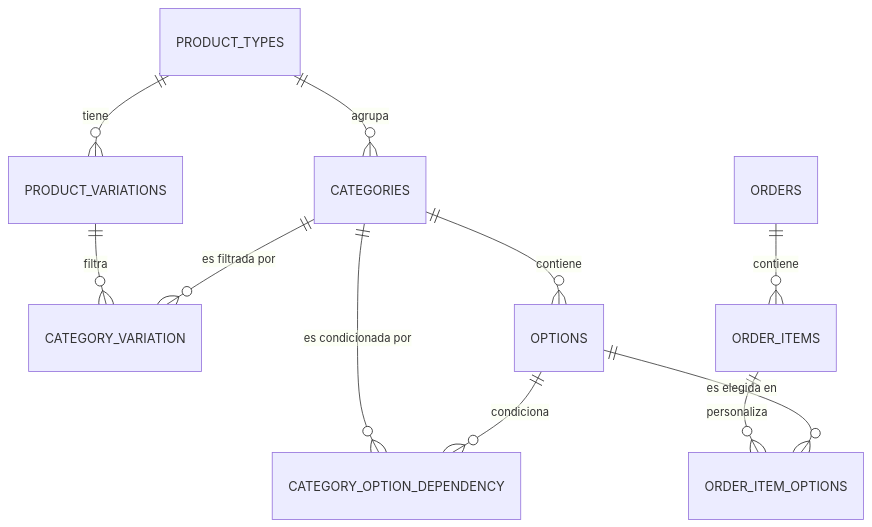
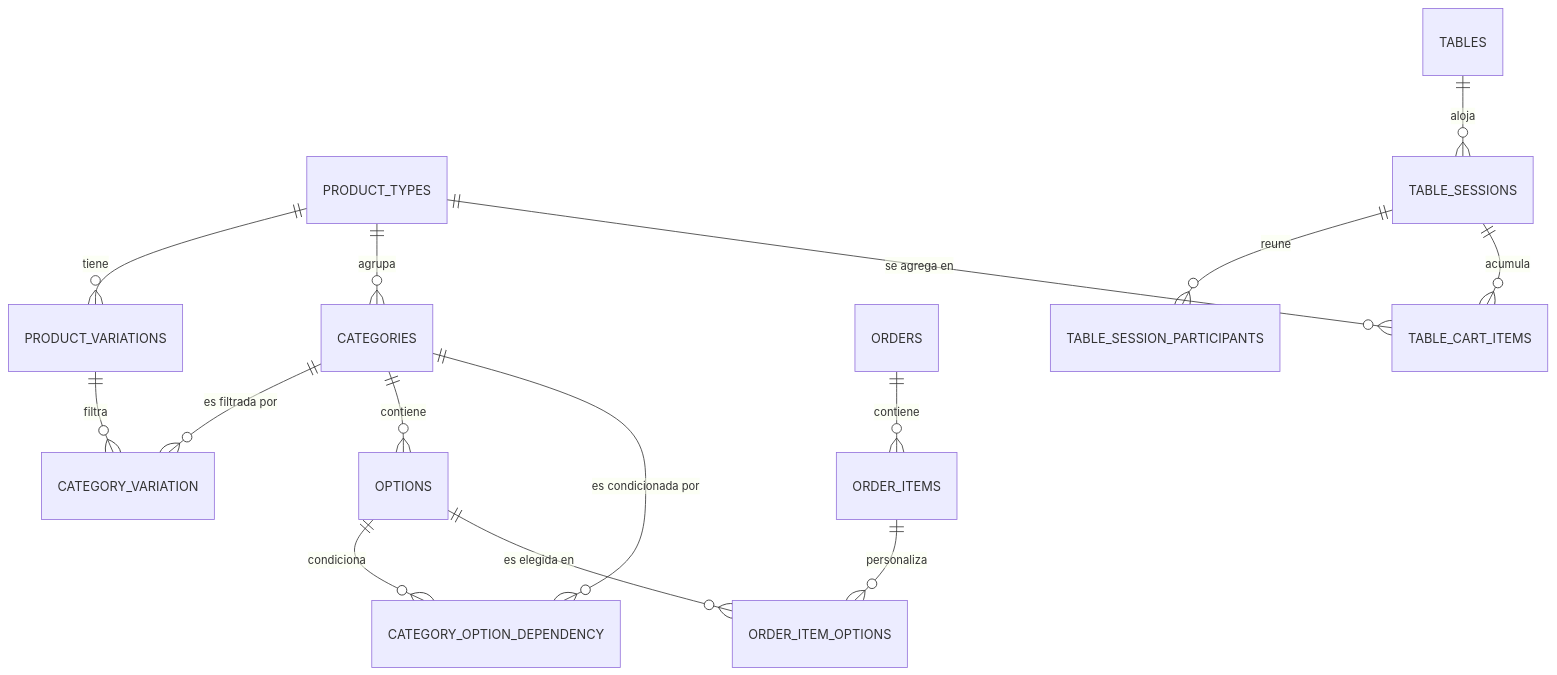
The second of 2 diagrams in ANALISIS_ARQUITECTURA_Y_BD.md (SergioLamosLozano/Deliburrito), drawn with Mermaid before and after one commit. The commit also changed other lines of this file and 39 other files, not shown here.

````diff
--- a/ANALISIS_ARQUITECTURA_Y_BD.md
+++ b/ANALISIS_ARQUITECTURA_Y_BD.md
@@ -51,14 +51,19 @@
 ```mermaid
 erDiagram
     PRODUCT_TYPES ||--o{ PRODUCT_VARIATIONS : "tiene"
     PRODUCT_TYPES ||--o{ CATEGORIES : "agrupa"
     PRODUCT_VARIATIONS ||--o{ CATEGORY_VARIATION : "filtra"
     CATEGORIES ||--o{ CATEGORY_VARIATION : "es filtrada por"
     CATEGORIES ||--o{ OPTIONS : "contiene"
     CATEGORIES ||--o{ CATEGORY_OPTION_DEPENDENCY : "es condicionada por"
     OPTIONS ||--o{ CATEGORY_OPTION_DEPENDENCY : "condiciona"
     
     ORDERS ||--o{ ORDER_ITEMS : "contiene"
     ORDER_ITEMS ||--o{ ORDER_ITEM_OPTIONS : "personaliza"
     OPTIONS ||--o{ ORDER_ITEM_OPTIONS : "es elegida en"
+
+    TABLES ||--o{ TABLE_SESSIONS : "aloja"
+    TABLE_SESSIONS ||--o{ TABLE_SESSION_PARTICIPANTS : "reune"
+    TABLE_SESSIONS ||--o{ TABLE_CART_ITEMS : "acumula"
+    PRODUCT_TYPES ||--o{ TABLE_CART_ITEMS : "se agrega en"
 ```
````
